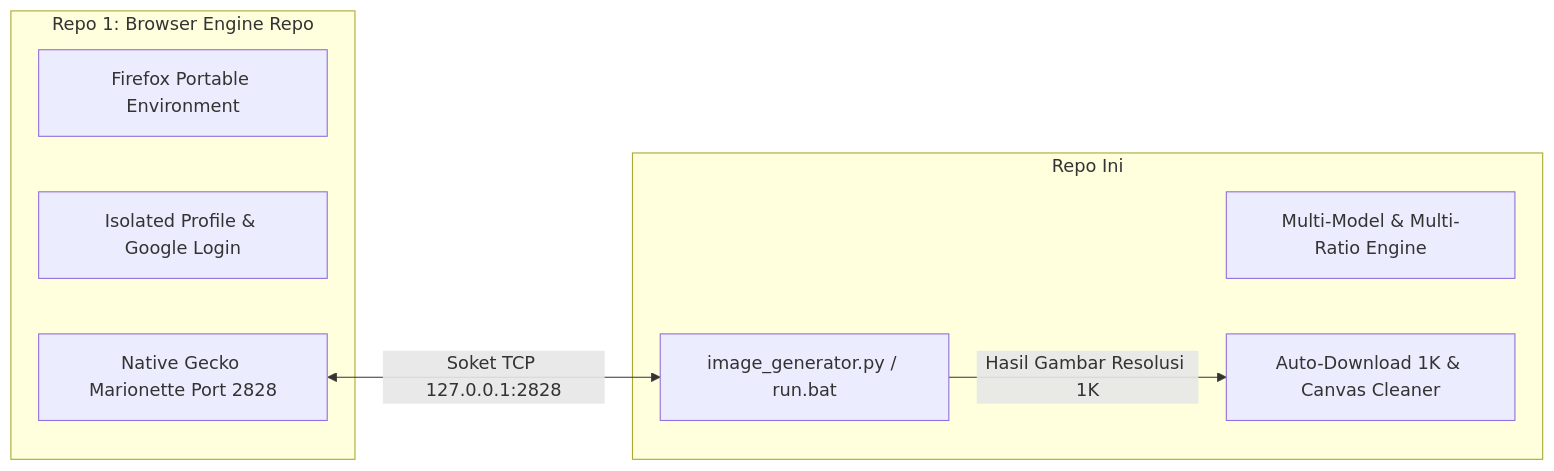
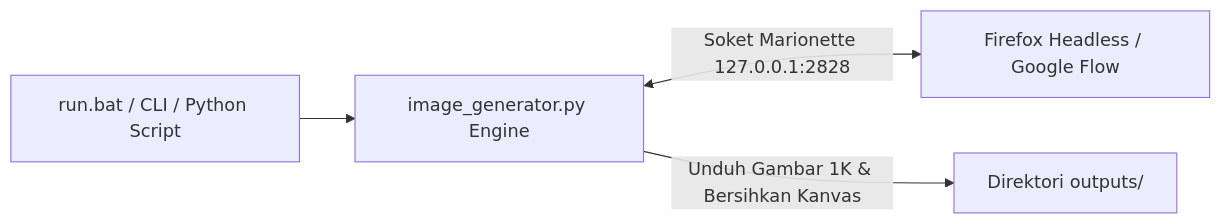
The diagram in README.md (ululazmi18/image-generator), drawn with Mermaid before and after one commit. The commit also changed other lines of this file and 1 other file, not shown here.

Commit message:
docs: standardize README as standalone Google Flow image generator documentation

````diff
--- a/README.md
+++ b/README.md
@@ -12,17 +12,6 @@
 ```mermaid
 graph LR
-    subgraph Repo 1: Browser Engine Repo
-        B[Firefox Portable Environment]
-        P[Isolated Profile & Google Login]
-        S[Native Gecko Marionette Port 2828]
-    end
-
-    subgraph Repo 2: Image Generator Repo [Repo Ini]
-        IG[image_generator.py / run.bat]
-        M[Multi-Model & Multi-Ratio Engine]
-        O[Auto-Download 1K & Canvas Cleaner]
-    end
-
-    S <-->|Soket TCP 127.0.0.1:2828| IG
-    IG -->|Hasil Gambar Resolusi 1K| O
+    CLI[run.bat / CLI / Python Script] --> IG[image_generator.py Engine]
+    IG <-->|Soket Marionette 127.0.0.1:2828| FF[Firefox Headless / Google Flow]
+    IG -->|Unduh Gambar 1K & Bersihkan Kanvas| OUT[Direktori outputs/]
 ```
````
